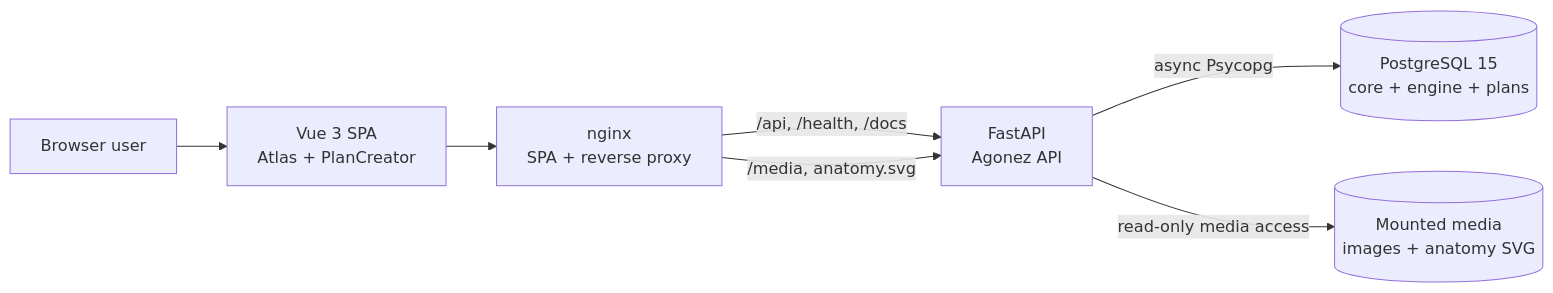
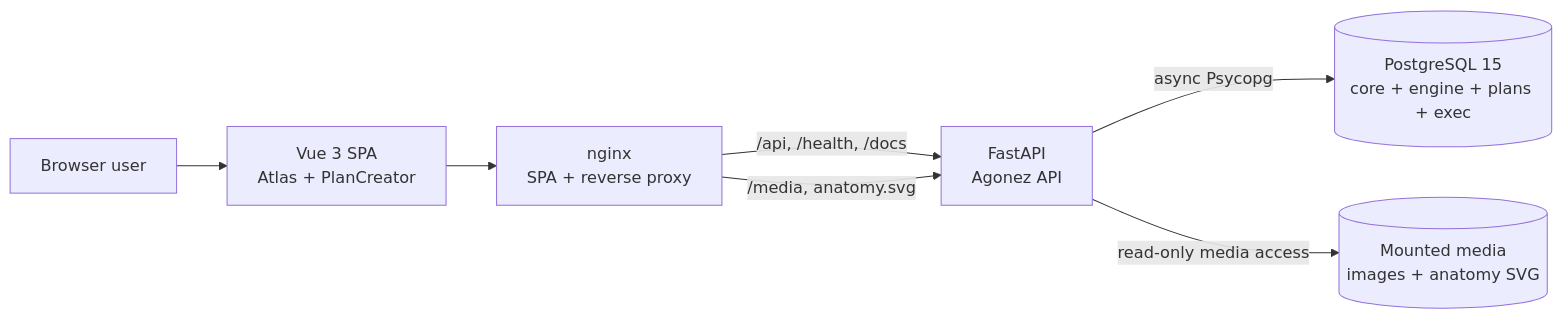
The first of 3 diagrams in __docs__/architecture/system-overview.md (0x41gawor/agonez), drawn with Mermaid before and after one commit. The commit also changed 43 other files, not shown here.

````diff
--- a/__docs__/architecture/system-overview.md
+++ b/__docs__/architecture/system-overview.md
@@ -7,16 +7,16 @@
 ```mermaid
 flowchart LR
     USER["Browser user"]
     SPA["Vue 3 SPA\nAtlas + PlanCreator"]
     NGINX["nginx\nSPA + reverse proxy"]
     API["FastAPI\nAgonez API"]
-    DB[("PostgreSQL 15\ncore + engine + plans")]
+    DB[("PostgreSQL 15\ncore + engine + plans + exec")]
     MEDIA[("Mounted media\nimages + anatomy SVG")]
 
     USER --> SPA
     SPA --> NGINX
     NGINX -->|/api, /health, /docs| API
     NGINX -->|/media, anatomy.svg| API
     API -->|async Psycopg| DB
     API -->|read-only media access| MEDIA
 ```
````
